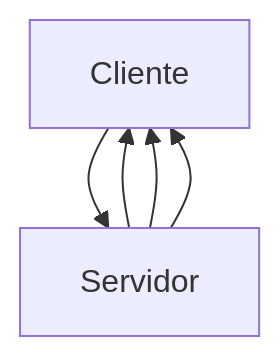
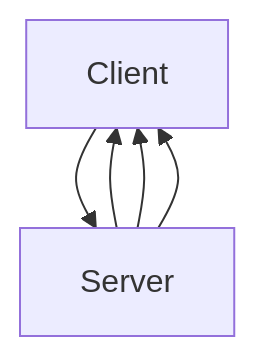
The third of 5 diagrams in content/posts/que-es-grpc-y-para-que-sirven-los-protobuffers/index.en.md (EduardoZepeda/coffee-bytes-hugo), drawn with Mermaid before and after one commit. The commit also changed other lines of this file and 2 other files, not shown here.

````diff
--- a/content/posts/que-es-grpc-y-para-que-sirven-los-protobuffers/index.en.md
+++ b/content/posts/que-es-grpc-y-para-que-sirven-los-protobuffers/index.en.md
@@ -134,7 +134,7 @@
 ``` mermaid
 graph TD;
-    Cliente-->Servidor;
-    Servidor-->Cliente;
-    Servidor-->Cliente;
-    Servidor-->Cliente;
+    Client-->Server;
+    Server-->Client;
+    Server-->Client;
+    Server-->Client;
 ```
````
